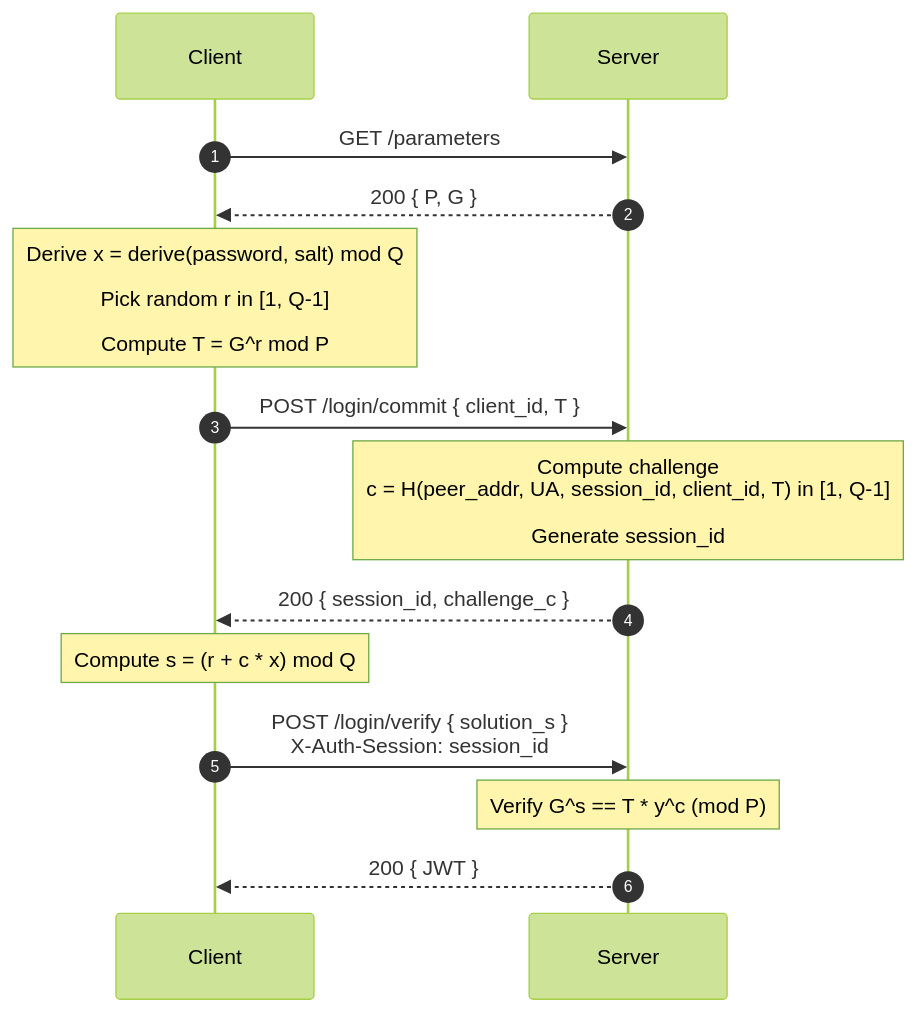
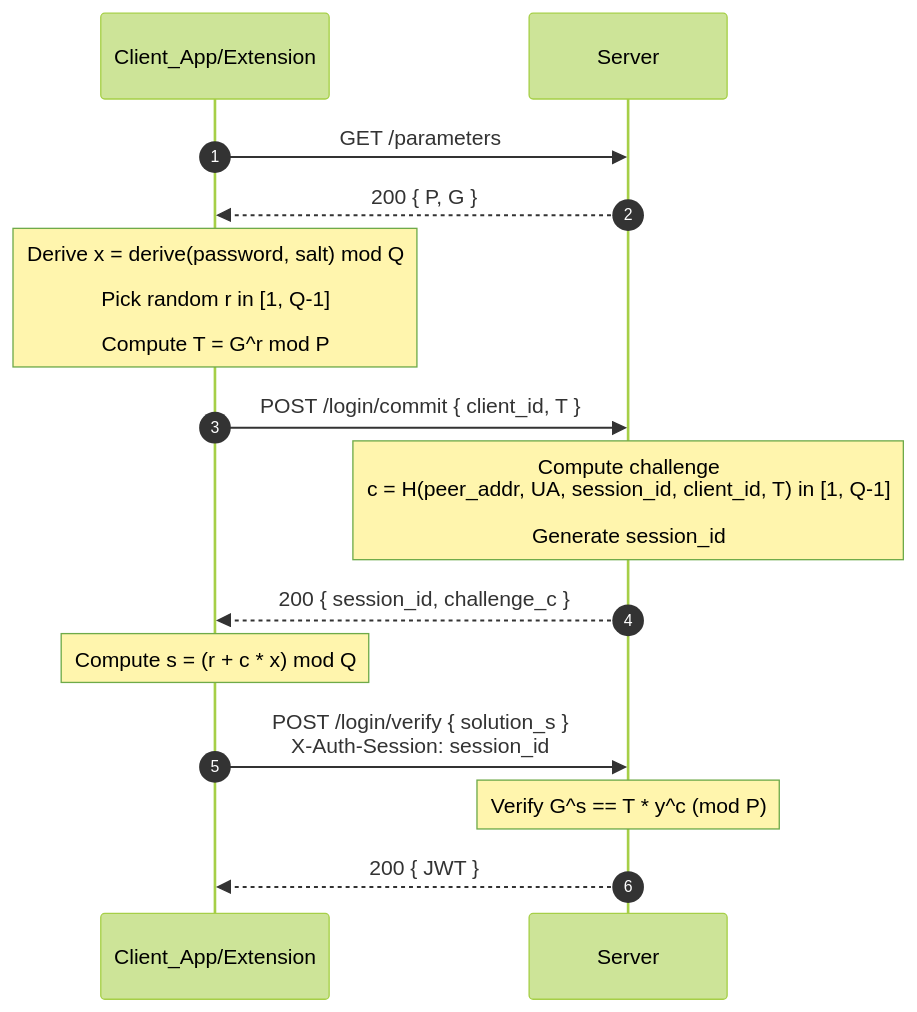
One commit to matei-rares-a/acas changed the diagram in diagrams/done/client_server_sequence_high_level_login.mmd. Above: the diagram before and after it, drawn with Mermaid (forest theme). The commit also changed 16 other files, not shown here.

```diff
--- a/diagrams/done/client_server_sequence_high_level_login.mmd
+++ b/diagrams/done/client_server_sequence_high_level_login.mmd
@@ -1,19 +1,19 @@
 sequenceDiagram
     autonumber
-    participant C as Client
+    participant C as Client_App/Extension
     participant S as Server
 
     C->>S: GET /parameters
     S-->>C: 200 { P, G }
 
     Note over C: Derive x = derive(password, salt) mod Q<br/><br/> Pick random r in [1, Q-1] <BR/><br/>Compute T = G^r mod P
 
     C->>S: POST /login/commit { client_id, T }
         Note over S: Compute challenge <br/> c = H(peer_addr, UA, session_id, client_id, T) in [1, Q-1] <br/><br/>Generate session_id 
     S-->>C: 200 { session_id, challenge_c }
 
     Note over C: Compute s = (r + c * x) mod Q
 
     C->>S: POST /login/verify  { solution_s } <br/> X-Auth-Session: session_id 
     Note over S: Verify G^s == T * y^c (mod P)
     S-->>C: 200 { JWT }
```
